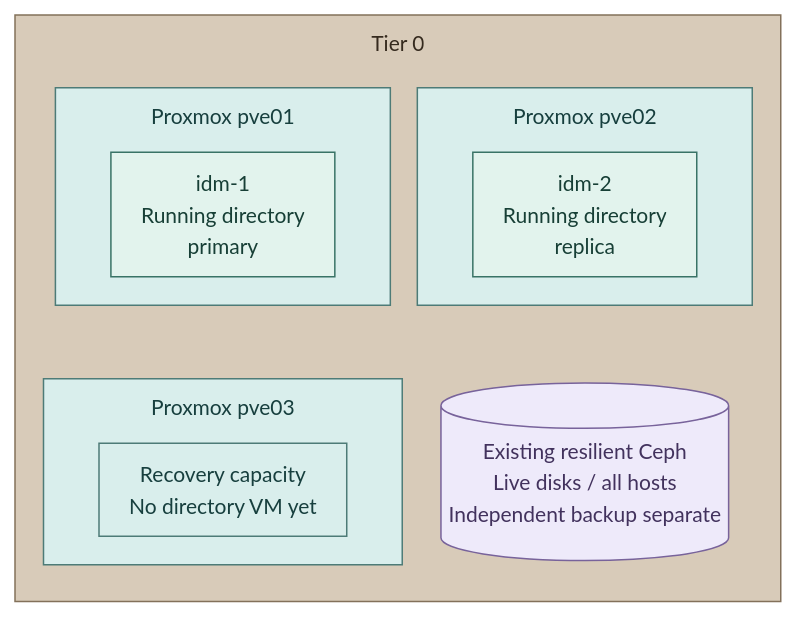
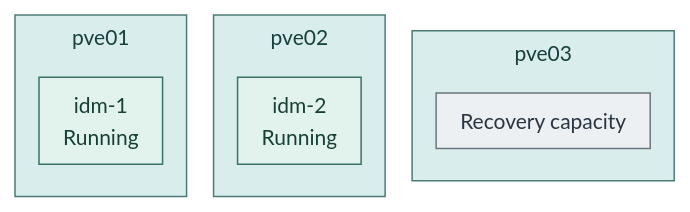
Before and after one commit to Rexus/homelab: the first of 2 diagrams in docs/03-deployment/foundation/proxmox/failover.md, drawn with Mermaid. The commit also changed other lines of this file and 352 other files, not shown here.

````diff
--- a/docs/03-deployment/foundation/proxmox/failover.md
+++ b/docs/03-deployment/foundation/proxmox/failover.md
@@ -14,28 +57,21 @@
 ```mermaid
-%%{init: {"theme":"base","flowchart":{"nodeSpacing":18,"rankSpacing":24,"padding":10,"subGraphTitleMargin":{"top":8,"bottom":16}},"themeVariables":{"lineColor":"#627581","edgeLabelBackground":"#f8fafc","fontFamily":"Arial, sans-serif","fontSize":"14px"},"fontFamily":"Arial, sans-serif"}}%%
-flowchart TB
-  subgraph T0["Tier 0"]
-    direction TB
-    subgraph P1["Proxmox pve01"]
-      A["idm-1<br/>Running directory<br/>primary"]
-    end
-    subgraph P2["Proxmox pve02"]
-      B["idm-2<br/>Running directory<br/>replica"]
-    end
-    subgraph P3["Proxmox pve03"]
-      Spare["Recovery capacity<br/>No directory VM yet"]
-    end
-    Storage[("Existing resilient Ceph<br/>Live disks / all hosts<br/>Independent backup separate")]
-    P1 ~~~ P3
-    P2 ~~~ Storage
+%%{init: {"theme":"base","fontFamily":"Arial, sans-serif","flowchart":{"nodeSpacing":12,"rankSpacing":18,"padding":8,"subGraphTitleMargin":{"top":4,"bottom":16}},"themeVariables":{"fontFamily":"Arial, sans-serif","fontSize":"14px","lineColor":"#627581","edgeLabelBackground":"#f8fafc"}}}%%
+flowchart LR
+  subgraph P1["pve01"]
+    A["idm-1<br/>Running"]
   end
+  subgraph P2["pve02"]
+    B["idm-2<br/>Running"]
+  end
+  subgraph P3["pve03"]
+    Spare["Recovery capacity"]
+  end
+  P1 ~~~ P2 ~~~ P3
   classDef default fill:#f8fafc,stroke:#64748b,color:#1f2937
+  classDef runtime fill:#d9eeec,stroke:#4d7b77,color:#173f3e
   classDef control fill:#e2f3ed,stroke:#397366,color:#173f36
-  classDef runtime fill:#d9eeec,stroke:#4d7b77,color:#173f3e
-  classDef data fill:#eeeafa,stroke:#78639b,color:#42325d
+  classDef actor fill:#edf0f3,stroke:#697682,color:#293642
+  class P1,P2,P3 runtime
   class A,B control
-  class P1,P2,P3,Spare runtime
-  class Storage data
-  classDef tier0 fill:#d8cbb9,stroke:#83715a,color:#352a1e
-  class T0 tier0
+  class Spare actor
 ```
````
